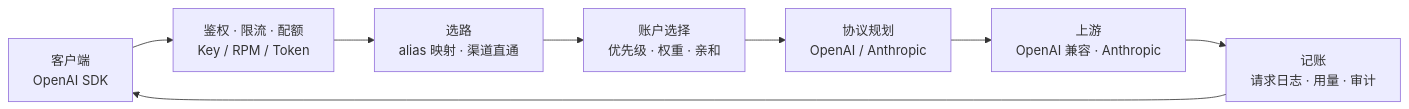
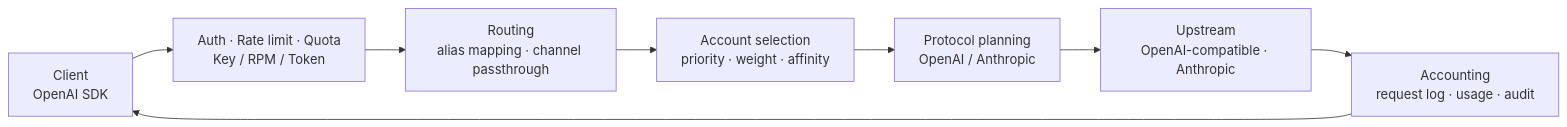
One commit to Crequency/Portara changed the diagram in README.md. Above: the diagram before and after it, drawn with Mermaid. The commit also changed other lines of this file, not shown here.

````diff
--- a/README.md
+++ b/README.md
@@ -86,10 +48,10 @@
 ```mermaid
 flowchart LR
-  C["客户端<br/>OpenAI SDK"] --> A["鉴权 · 限流 · 配额<br/>Key / RPM / Token"]
-  A --> R["选路<br/>alias 映射 · 渠道直通"]
-  R --> P["账户选择<br/>优先级 · 权重 · 亲和"]
-  P --> T["协议规划<br/>OpenAI / Anthropic"]
-  T --> U["上游<br/>OpenAI 兼容 · Anthropic"]
-  U --> L["记账<br/>请求日志 · 用量 · 审计"]
+  C["Client<br/>OpenAI SDK"] --> A["Auth · Rate limit · Quota<br/>Key / RPM / Token"]
+  A --> R["Routing<br/>alias mapping · channel passthrough"]
+  R --> P["Account selection<br/>priority · weight · affinity"]
+  P --> T["Protocol planning<br/>OpenAI / Anthropic"]
+  T --> U["Upstream<br/>OpenAI-compatible · Anthropic"]
+  U --> L["Accounting<br/>request log · usage · audit"]
   L --> C
 ```
````
